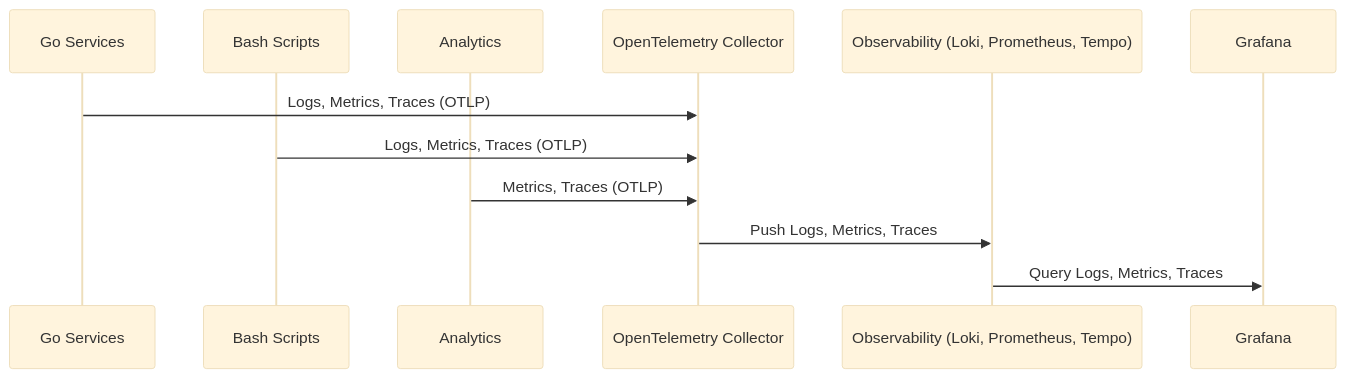
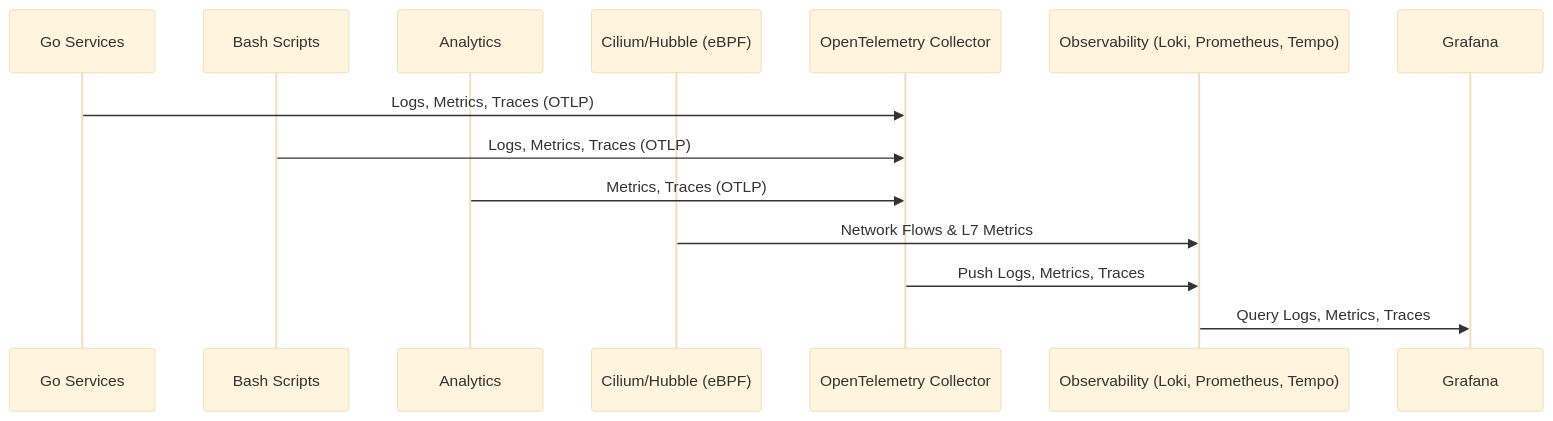
The diagram in docs/architecture/infrastructure/deployment.md (victoriacheng15/observability-hub), drawn with Mermaid (base theme) before and after one commit. The commit also changed other lines of this file and 4 other files, not shown here.

Commit message:
docs: align platform branding and architecture with eBPF-native baseline (#325)

````diff
--- a/docs/architecture/infrastructure/deployment.md
+++ b/docs/architecture/infrastructure/deployment.md
@@ -39,16 +40,18 @@
 ```mermaid
 sequenceDiagram
     participant App as Go Services
     participant Script as Bash Scripts
     participant Analytics_Agent as Analytics
+    participant Cilium as Cilium/Hubble (eBPF)
     participant OTel_Collector as OpenTelemetry Collector
     participant Observability as Observability (Loki, Prometheus, Tempo)
     participant Grafana as Grafana
 
     App->>OTel_Collector: Logs, Metrics, Traces (OTLP)
     Script->>OTel_Collector: Logs, Metrics, Traces (OTLP)
     Analytics_Agent->>OTel_Collector: Metrics, Traces (OTLP)
+    Cilium->>Observability: Network Flows & L7 Metrics
 
     OTel_Collector->>Observability: Push Logs, Metrics, Traces
     Observability->>Grafana: Query Logs, Metrics, Traces
 ```
````
